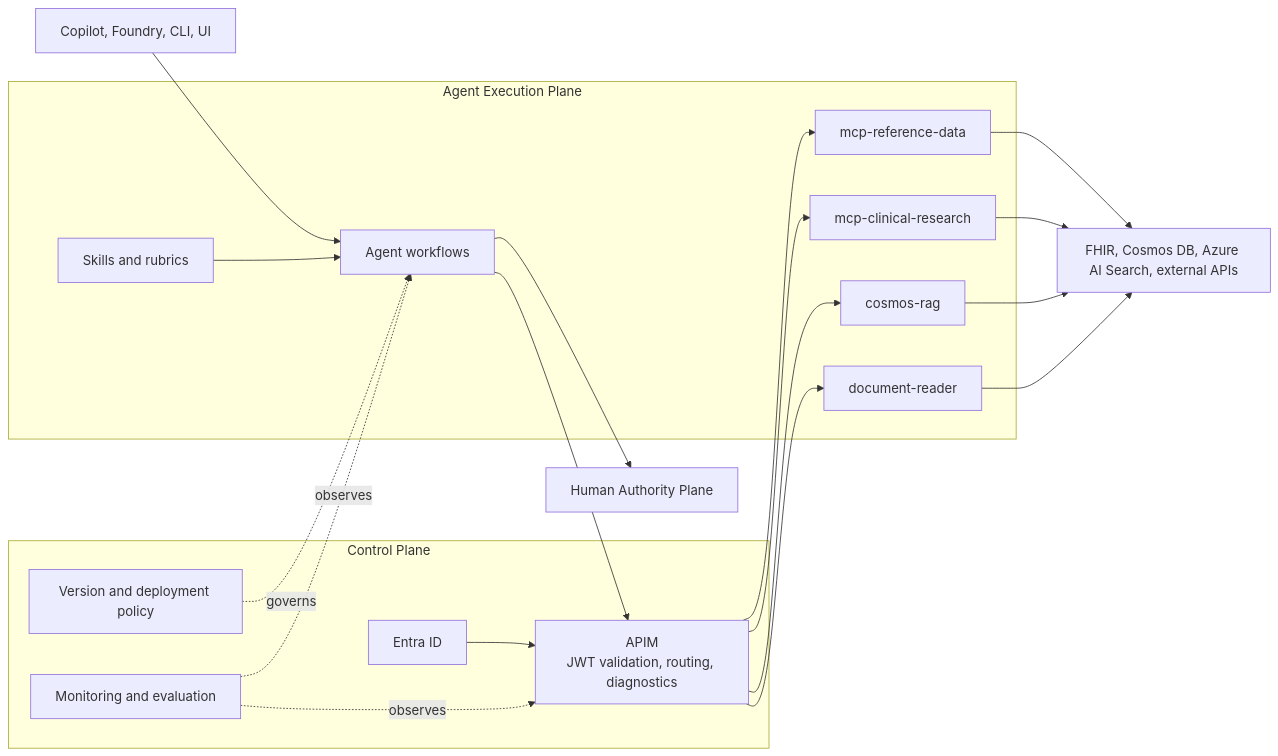
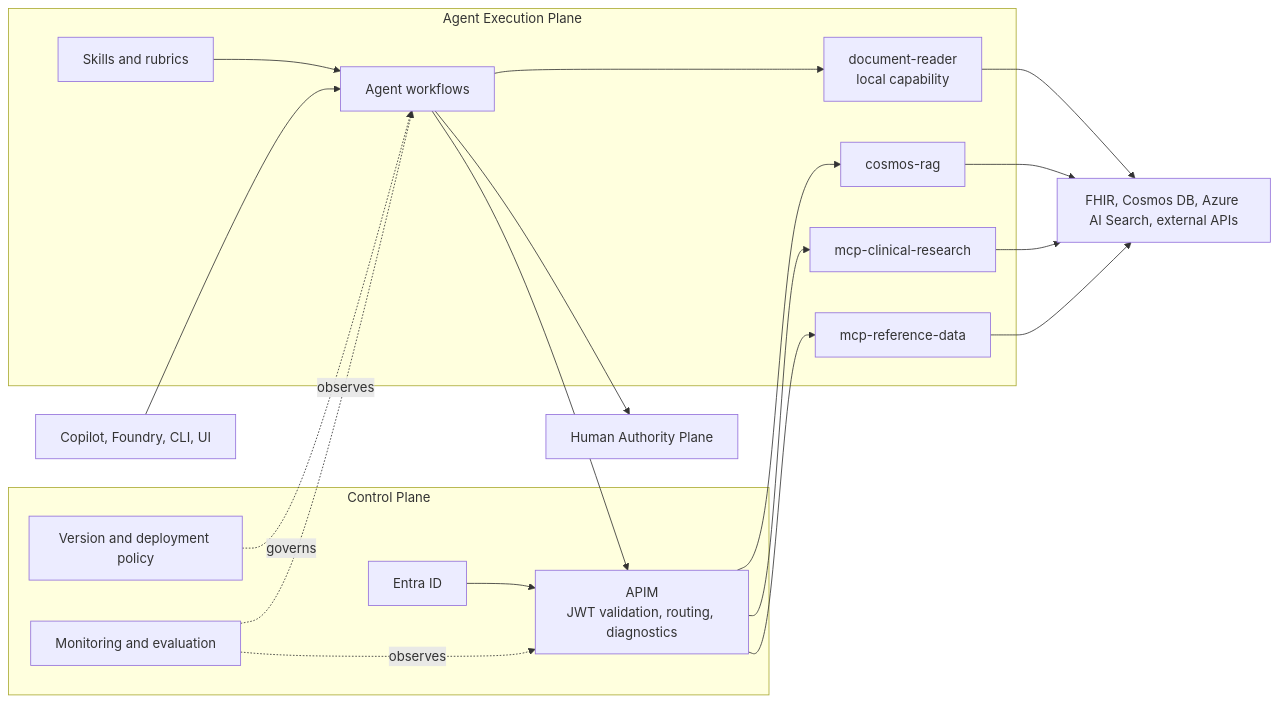
The first of 2 diagrams in docs/architecture/APIM-ARCHITECTURE.md (jkarasha/Azure-Healthcare-Marketplace-Demo), drawn with Mermaid before and after one commit. The commit also changed other lines of this file and 1 other file, not shown here.

Commit message:
docs: correct production narrative evidence

Copilot-Session: d6719ffa-3d68-4fc2-abfc-3212638fc708

````diff
--- a/docs/architecture/APIM-ARCHITECTURE.md
+++ b/docs/architecture/APIM-ARCHITECTURE.md
@@ -22,40 +22,40 @@
 ```mermaid
 flowchart LR
     CLIENTS["Copilot, Foundry, CLI, UI"]
 
     subgraph CONTROL["Control Plane"]
         ENTRA["Entra ID"]
         APIM["APIM<br/>JWT validation, routing, diagnostics"]
         VERSION["Version and deployment policy"]
         OBS["Monitoring and evaluation"]
     end
 
     subgraph EXEC["Agent Execution Plane"]
         WORKFLOW["Agent workflows"]
         SKILLS["Skills and rubrics"]
         REF["mcp-reference-data"]
         CLIN["mcp-clinical-research"]
         RAG["cosmos-rag"]
-        DOC["document-reader"]
+        DOC["document-reader<br/>local capability"]
     end
 
     HUMAN["Human Authority Plane"]
     RECORDS["FHIR, Cosmos DB, Azure AI Search, external APIs"]
 
     CLIENTS --> WORKFLOW
     SKILLS --> WORKFLOW
     WORKFLOW --> APIM
     WORKFLOW --> HUMAN
     ENTRA --> APIM
     APIM --> REF
     APIM --> CLIN
     APIM --> RAG
-    APIM --> DOC
+    WORKFLOW --> DOC
     REF --> RECORDS
     CLIN --> RECORDS
     RAG --> RECORDS
     DOC --> RECORDS
     VERSION -. governs .-> WORKFLOW
     OBS -. observes .-> APIM
     OBS -. observes .-> WORKFLOW
 ```
````
